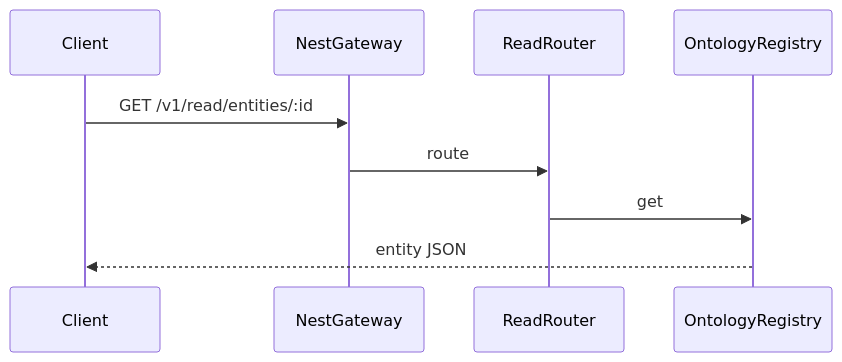
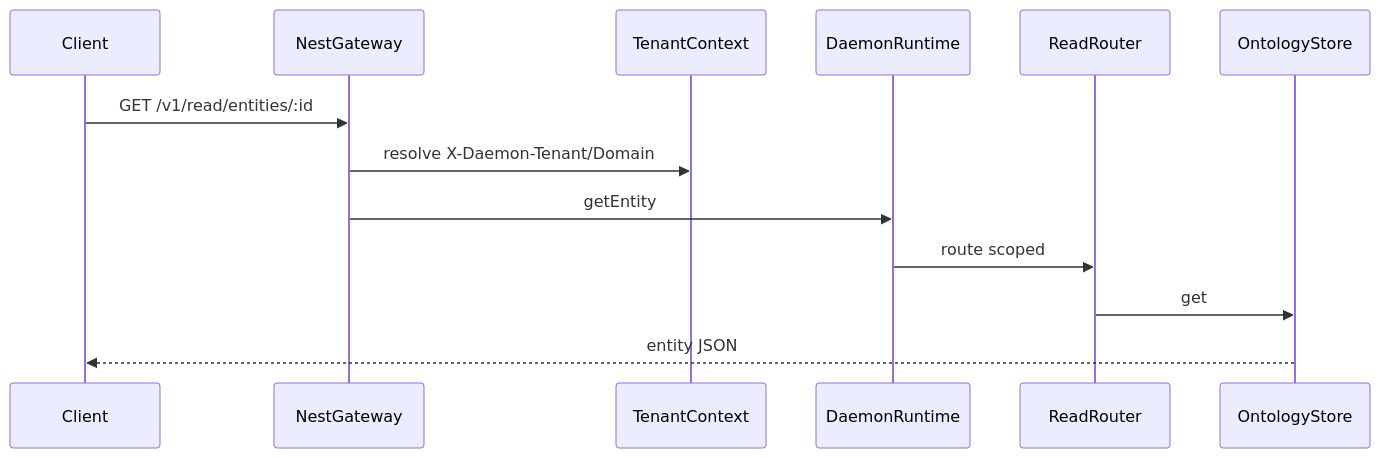
The second of 6 diagrams in docs/07-sequence-flows.md (mzf11125/DAEMON), drawn with Mermaid before and after one commit. The commit also changed other lines of this file and 142 other files, not shown here.

First line of the commit message:
Wire governance, durability, and gateway runtime for commercial ontology SSOT.

````diff
--- a/docs/07-sequence-flows.md
+++ b/docs/07-sequence-flows.md
@@ -17,11 +17,15 @@
 ```mermaid
 sequenceDiagram
   participant Client
   participant GW as NestGateway
+  participant TC as TenantContext
+  participant RT as DaemonRuntime
   participant RR as ReadRouter
-  participant Ont as OntologyRegistry
+  participant Ont as OntologyStore
   Client->>GW: GET /v1/read/entities/:id
-  GW->>RR: route
+  GW->>TC: resolve X-Daemon-Tenant/Domain
+  GW->>RT: getEntity
+  RT->>RR: route scoped
   RR->>Ont: get
   Ont-->>Client: entity JSON
 ```
````
